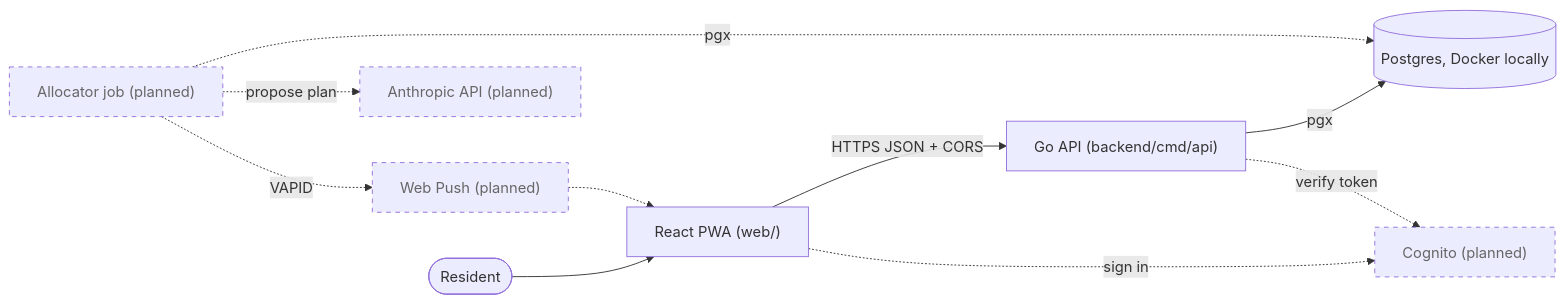
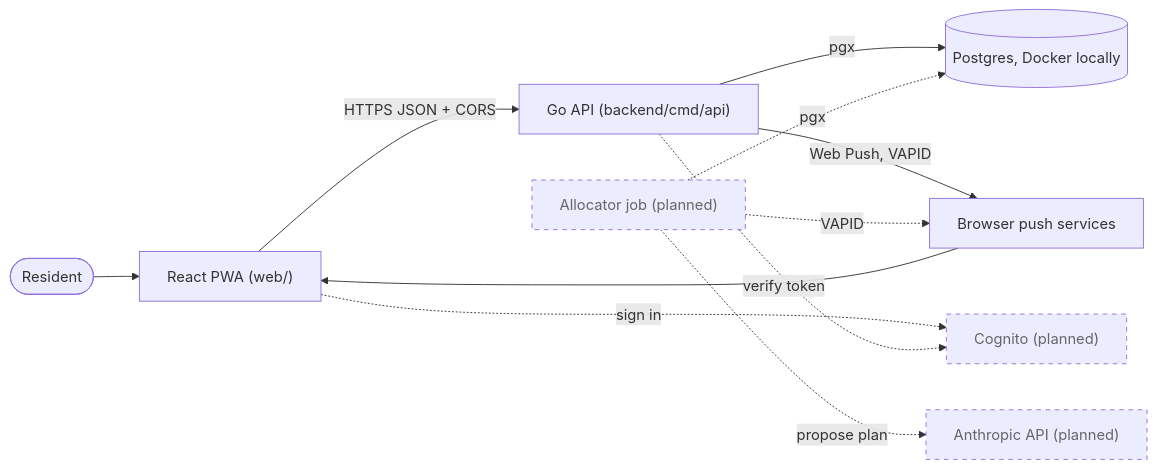
Before and after one commit to AbnerWillclefy/Homeowner: the second of 2 diagrams in docs/architecture/system-context.md, drawn with Mermaid. The commit also changed other lines of this file and 7 other files, not shown here.

Commit message:
feat(infra): pass vapid settings to the api and document the key steps

````diff
--- a/docs/architecture/system-context.md
+++ b/docs/architecture/system-context.md
@@ -30,24 +30,25 @@
 ```mermaid
 flowchart LR
     R([Resident])
     PWA["React PWA (web/)"]
     API["Go API (backend/cmd/api)"]
     DB[("Postgres, Docker locally")]
     ALLOC["Allocator job (planned)"]
     COG["Cognito (planned)"]
     LLM["Anthropic API (planned)"]
-    PUSH["Web Push (planned)"]
+    PUSH["Browser push services"]
 
     R --> PWA
     PWA -->|HTTPS JSON + CORS| API
     API -->|pgx| DB
+    API -->|Web Push, VAPID| PUSH
+    PUSH --> PWA
     PWA -.->|sign in| COG
     API -.->|verify token| COG
     ALLOC -.->|pgx| DB
     ALLOC -.->|propose plan| LLM
     ALLOC -.->|VAPID| PUSH
-    PUSH -.-> PWA
 
     classDef planned stroke-dasharray: 5 5,color:#666
-    class ALLOC,COG,LLM,PUSH planned
+    class ALLOC,COG,LLM planned
 ```
````
